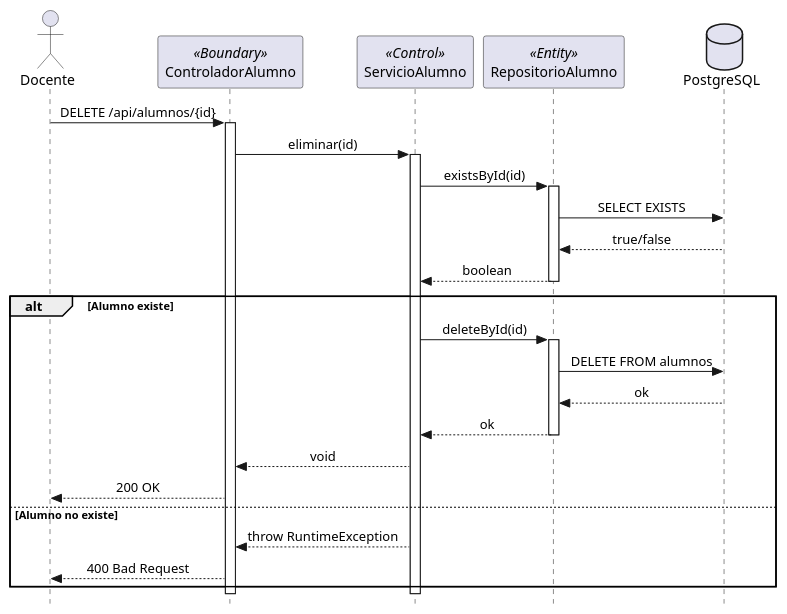
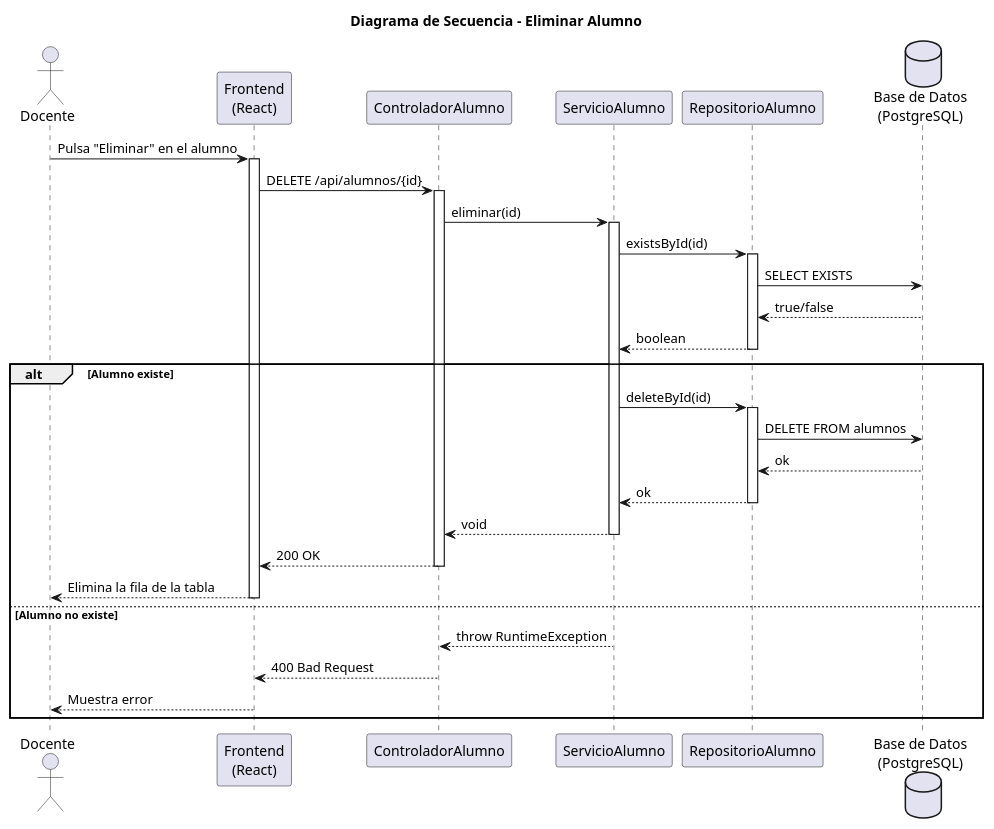
Before and after one commit to liamanderson873/25-26-idsw2-sdVC: the diagram in RUP/02-diseno/casos-uso/CU-28-eliminarAlumno/diseno-secuencia-CU-28-eliminarAlumno.puml, drawn with PlantUML. The commit also changed 133 other files, not shown here.

First line of the commit message:
RUP: completar diagramas de análisis y diseño para los 41 casos de uso

```diff
--- a/RUP/02-diseno/casos-uso/CU-28-eliminarAlumno/diseno-secuencia-CU-28-eliminarAlumno.puml
+++ b/RUP/02-diseno/casos-uso/CU-28-eliminarAlumno/diseno-secuencia-CU-28-eliminarAlumno.puml
@@ -1,41 +1,49 @@
 @startuml secuencia-cu28-eliminar-alumno
-skinparam style strictuml
-skinparam sequenceMessageAlign center
+title Diagrama de Secuencia - Eliminar Alumno
 
-actor Docente
-participant "ControladorAlumno" as Boundary <<Boundary>>
-participant "ServicioAlumno" as Control <<Control>>
-participant "RepositorioAlumno" as RepoAlumno <<Entity>>
-database "PostgreSQL" as DB
+actor "Docente" as Actor
+participant "Frontend\n(React)" as FE
+participant "ControladorAlumno" as Controller
+participant "ServicioAlumno" as Service
+participant "RepositorioAlumno" as RepoAlumno
+database "Base de Datos\n(PostgreSQL)" as DB
 
-Docente -> Boundary : DELETE /api/alumnos/{id}
-activate Boundary
+Actor -> FE : Pulsa "Eliminar" en el alumno
+activate FE
 
-Boundary -> Control : eliminar(id)
-activate Control
+FE -> Controller : DELETE /api/alumnos/{id}
+activate Controller
 
-Control -> RepoAlumno : existsById(id)
+Controller -> Service : eliminar(id)
+activate Service
+
+Service -> RepoAlumno : existsById(id)
 activate RepoAlumno
 RepoAlumno -> DB : SELECT EXISTS
 DB --> RepoAlumno : true/false
-RepoAlumno --> Control : boolean
+RepoAlumno --> Service : boolean
 deactivate RepoAlumno
 
 alt Alumno existe
-    Control -> RepoAlumno : deleteById(id)
+    Service -> RepoAlumno : deleteById(id)
     activate RepoAlumno
     RepoAlumno -> DB : DELETE FROM alumnos
     DB --> RepoAlumno : ok
-    RepoAlumno --> Control : ok
+    RepoAlumno --> Service : ok
     deactivate RepoAlumno
-    Control --> Boundary : void
-    Boundary --> Docente : 200 OK
+
+    Service --> Controller : void
+    deactivate Service
+
+    Controller --> FE : 200 OK
+    deactivate Controller
+
+    FE --> Actor : Elimina la fila de la tabla
+    deactivate FE
 else Alumno no existe
-    Control --> Boundary : throw RuntimeException
-    Boundary --> Docente : 400 Bad Request
+    Service --> Controller : throw RuntimeException
+    Controller --> FE : 400 Bad Request
+    FE --> Actor : Muestra error
 end
 
-deactivate Control
-deactivate Boundary
-
 @enduml
```
